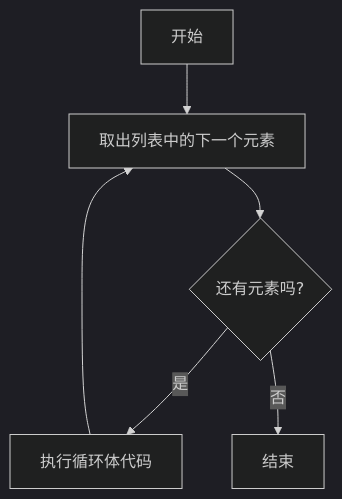
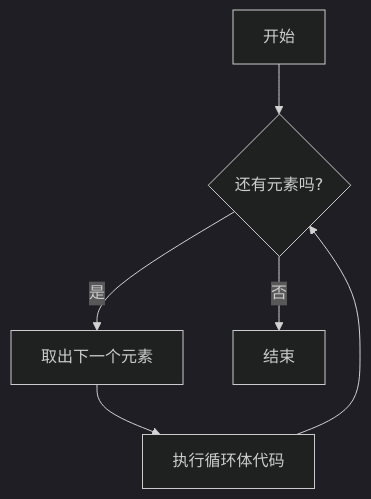
The second of 2 diagrams in ch03_control_flow/lecture.md (JunerLee/bio-python), drawn with Mermaid (dark theme) before and after one commit. The commit also changed other lines of this file and 8 other files, not shown here.

````diff
--- a/ch03_control_flow/lecture.md
+++ b/ch03_control_flow/lecture.md
@@ -278,8 +278,8 @@
 ```mermaid
 flowchart TD
-    A[开始] --> B[取出列表中的下一个元素]
-    B --> C{还有元素吗?}
-    C -- 是 --> D[执行循环体代码]
-    D --> B
+    A[开始] --> C{还有元素吗?}
+    C -- 是 --> B[取出下一个元素]
+    B --> D[执行循环体代码]
+    D --> C
     C -- 否 --> E[结束]
 ```
````
